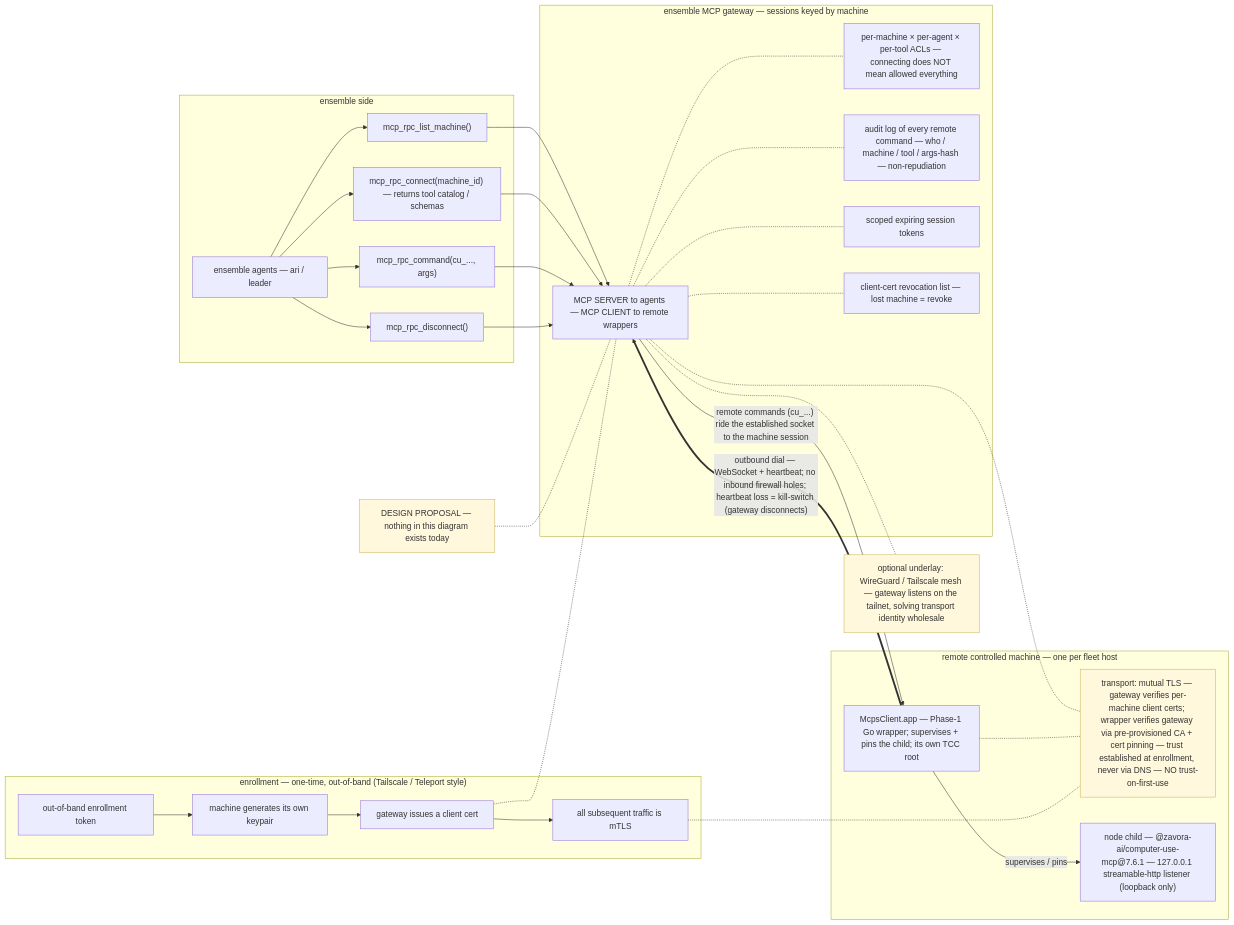
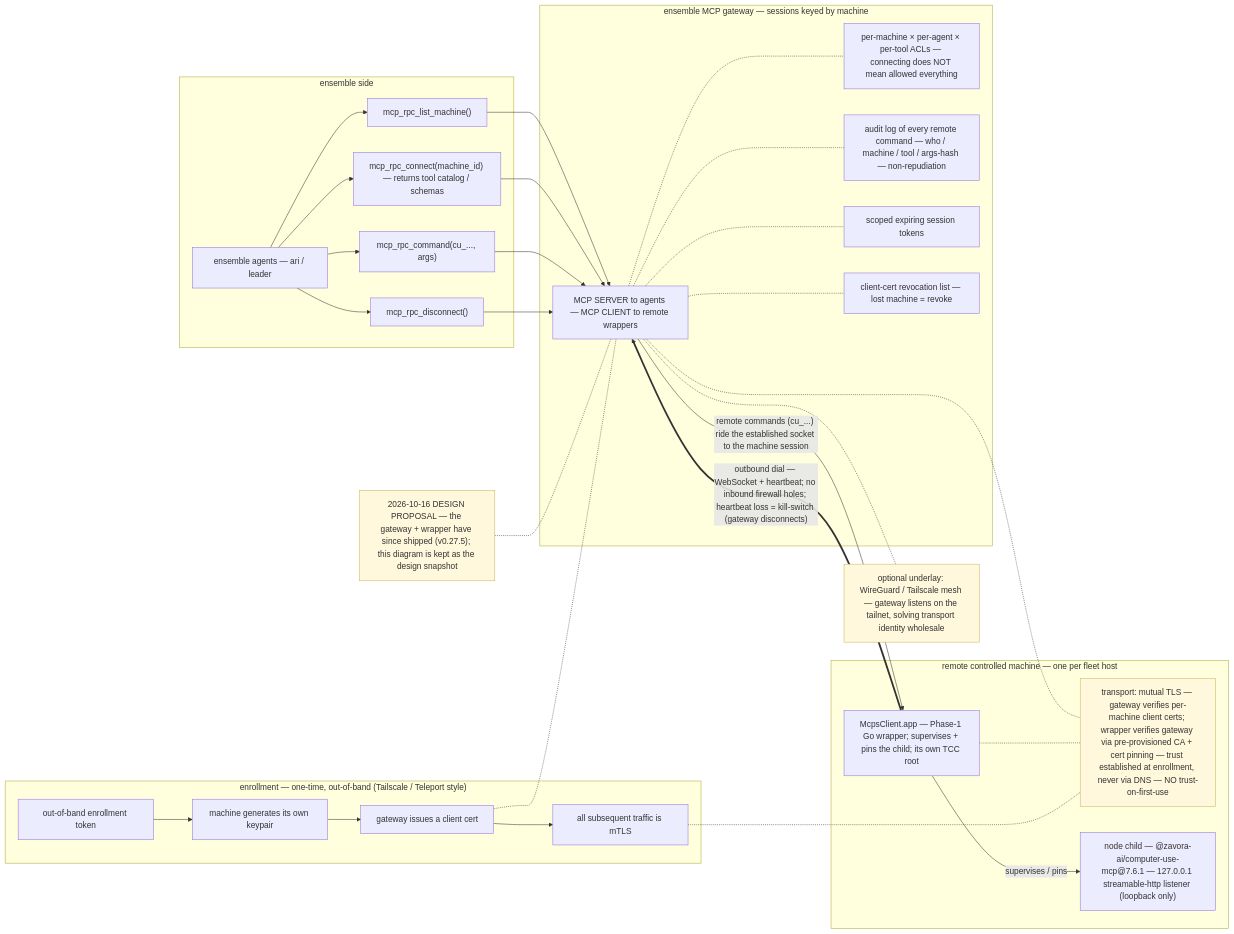
The second of 2 diagrams in docs/mcps-client-remote-hands.md (disillusioners/ensemble), drawn with Mermaid before and after one commit. The commit also changed other lines of this file and 16 other files, not shown here.

First line of the commit message:
docs+test: tidier pass — ordinal truth, pin-docstring cu residue, positive stamp pin, remote-hands banner coherence

````diff
--- a/docs/mcps-client-remote-hands.md
+++ b/docs/mcps-client-remote-hands.md
@@ -231,61 +230,61 @@
 ```mermaid
 flowchart LR
-    %% Phase-2 remote-hands fleet — DESIGN PROPOSAL (nothing exists today)
-    NOTE["DESIGN PROPOSAL — nothing in this diagram exists today"]
+    %% Phase-2 remote-hands fleet — 2026-10-16 design snapshot (kept for reference)
+    NOTE["2026-10-16 DESIGN PROPOSAL — the gateway + wrapper have since shipped (v0.27.5); this diagram is kept as the design snapshot"]
     TR["transport: mutual TLS — gateway verifies per-machine client certs; wrapper verifies gateway via pre-provisioned CA + cert pinning — trust established at enrollment, never via DNS — NO trust-on-first-use"]
     UN["optional underlay: WireGuard / Tailscale mesh — gateway listens on the tailnet, solving transport identity wholesale"]
 
     subgraph GWBOX["ensemble MCP gateway — sessions keyed by machine"]
         GW["MCP SERVER to agents — MCP CLIENT to remote wrappers"]
         ACL["per-machine × per-agent × per-tool ACLs — connecting does NOT mean allowed everything"]
         AUD["audit log of every remote command — who / machine / tool / args-hash — non-repudiation"]
         TOK["scoped expiring session tokens"]
         CRL["client-cert revocation list — lost machine = revoke"]
         GW -.- ACL
         GW -.- AUD
         GW -.- TOK
         GW -.- CRL
     end
 
     subgraph AGSIDE["ensemble side"]
         AG["ensemble agents — ari / leader"]
         R1["mcp_rpc_list_machine()"]
         R2["mcp_rpc_connect(machine_id) — returns tool catalog / schemas"]
         R3["mcp_rpc_command(cu_..., args)"]
         R4["mcp_rpc_disconnect()"]
         AG --> R1
         AG --> R2
         AG --> R3
         AG --> R4
         R1 --> GW
         R2 --> GW
         R3 --> GW
         R4 --> GW
     end
 
     subgraph MACH["remote controlled machine — one per fleet host"]
         W["McpsClient.app — Phase-1 Go wrapper; supervises + pins the child; its own TCC root"]
         C["node child — @zavora-ai/computer-use-mcp@7.6.1 — 127.0.0.1 streamable-http listener (loopback only)"]
         W -->|"supervises / pins"| C
         W ==>|"outbound dial — WebSocket + heartbeat; no inbound firewall holes; heartbeat loss = kill-switch (gateway disconnects)"| GW
         GW -->|"remote commands (cu_...) ride the established socket to the machine session"| W
         GW -.- TR
         W -.- TR
     end
 
     subgraph ENROLL["enrollment — one-time, out-of-band (Tailscale / Teleport style)"]
         E1["out-of-band enrollment token"]
         E2["machine generates its own keypair"]
         E3["gateway issues a client cert"]
         E4["all subsequent traffic is mTLS"]
         E1 --> E2 --> E3 --> E4
         E3 -.- GW
         E4 -.- TR
     end
 
     NOTE -.- GW
     GW -.- UN
 
     classDef note fill:#fff8dc,stroke:#c9b458,stroke-width:1px
     class TR,UN,NOTE note
 ```
````
